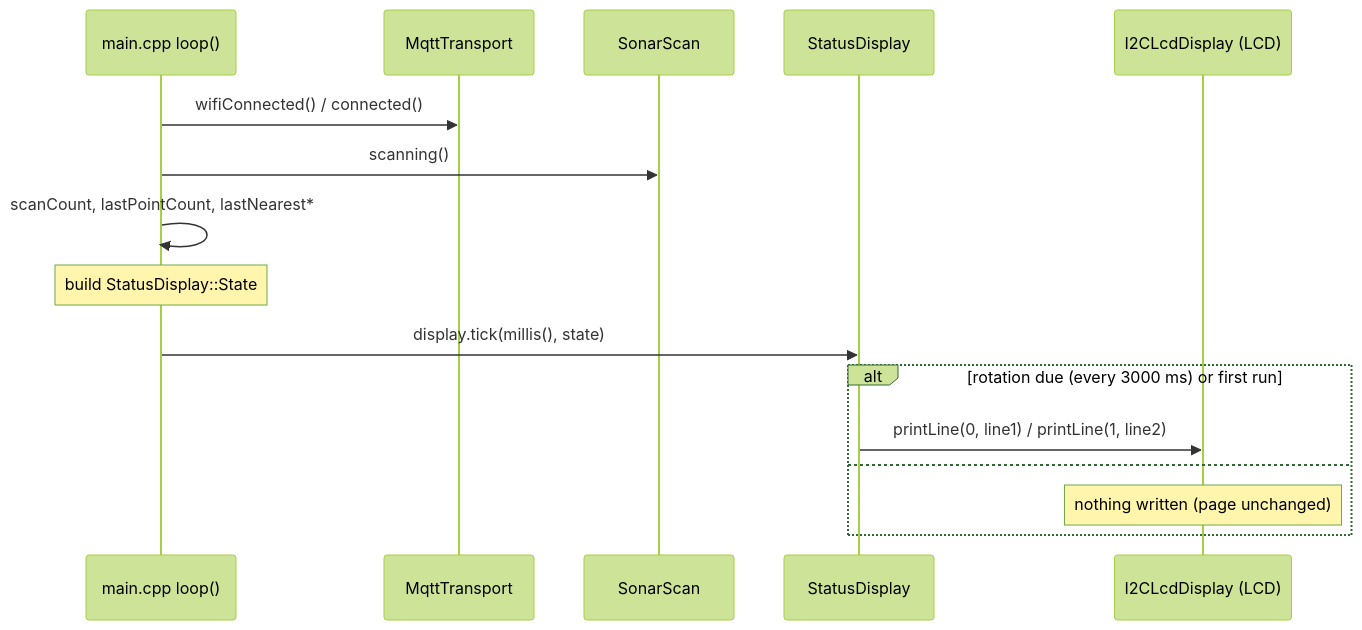
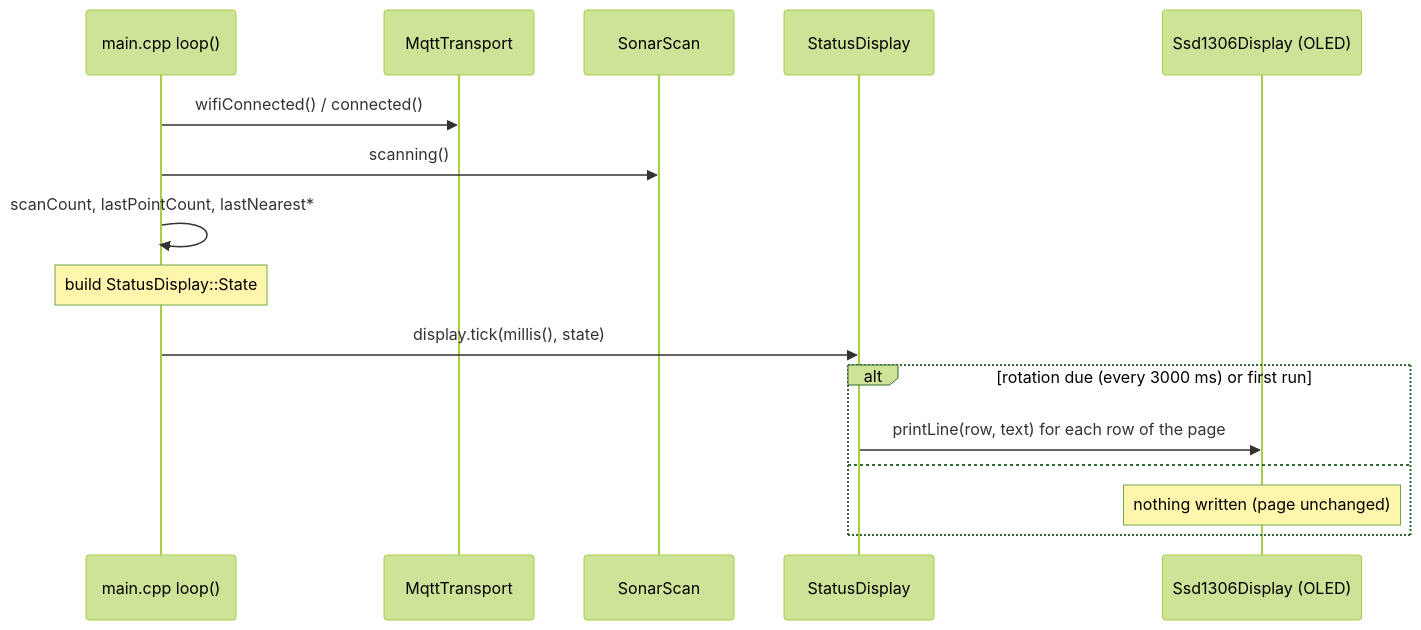
One commit to Elismar13/thushimas-car changed the sixth of 6 diagrams in docs/developer/data-flows.md. Above: the diagram before and after it, drawn with Mermaid (forest theme). The commit also changed 17 other files, not shown here.

Commit message:
feature(firmware): oled display

````diff
--- a/docs/developer/data-flows.md
+++ b/docs/developer/data-flows.md
@@ -158,19 +158,19 @@
 ```mermaid
 sequenceDiagram
     participant L as main.cpp loop()
     participant M as MqttTransport
     participant S as SonarScan
     participant D as StatusDisplay
-    participant X as I2CLcdDisplay (LCD)
+    participant X as Ssd1306Display (OLED)
 
     L->>M: wifiConnected() / connected()
     L->>S: scanning()
     L->>L: scanCount, lastPointCount, lastNearest*
     Note over L: build StatusDisplay::State
     L->>D: display.tick(millis(), state)
     alt rotation due (every 3000 ms) or first run
-        D->>X: printLine(0, line1) / printLine(1, line2)
+        D->>X: printLine(row, text) for each row of the page
     else
         Note over X: nothing written (page unchanged)
     end
 ```
````
